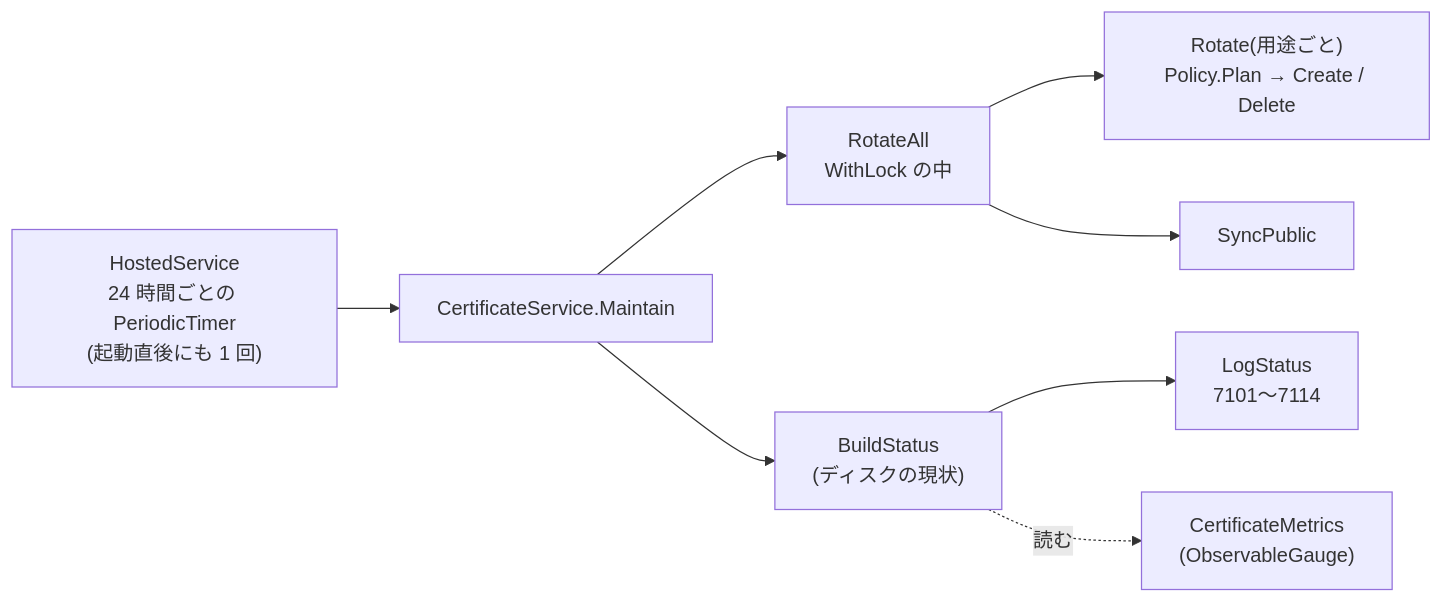
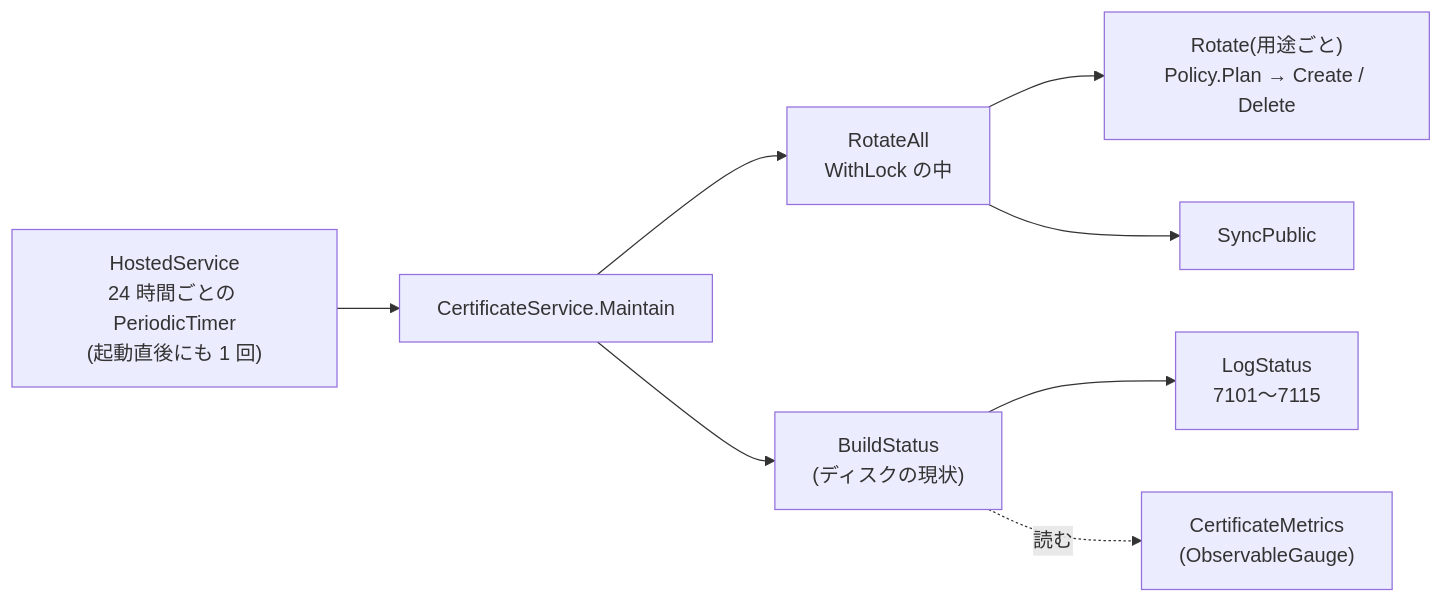
Before and after one commit to daidoji-traincrew-office/Tatehama_shukkindai: the second of 2 diagrams in Docs/certificate-rotation.md, drawn with Mermaid. The commit also changed other lines of this file and 8 other files, not shown here.

````diff
--- a/Docs/certificate-rotation.md
+++ b/Docs/certificate-rotation.md
@@ -384,10 +385,10 @@
 ```mermaid
 flowchart LR
     T["HostedService<br/>24 時間ごとの PeriodicTimer<br/>(起動直後にも 1 回)"] --> M[CertificateService.Maintain]
     M --> RA["RotateAll<br/>WithLock の中"]
     RA --> RO["Rotate(用途ごと)<br/>Policy.Plan → Create / Delete"]
     RA --> SP[SyncPublic]
     M --> BS["BuildStatus<br/>(ディスクの現状)"]
-    BS --> LS["LogStatus<br/>7101〜7114"]
+    BS --> LS["LogStatus<br/>7101〜7115"]
     BS -.読む.-> ME["CertificateMetrics<br/>(ObservableGauge)"]
 ```
````
